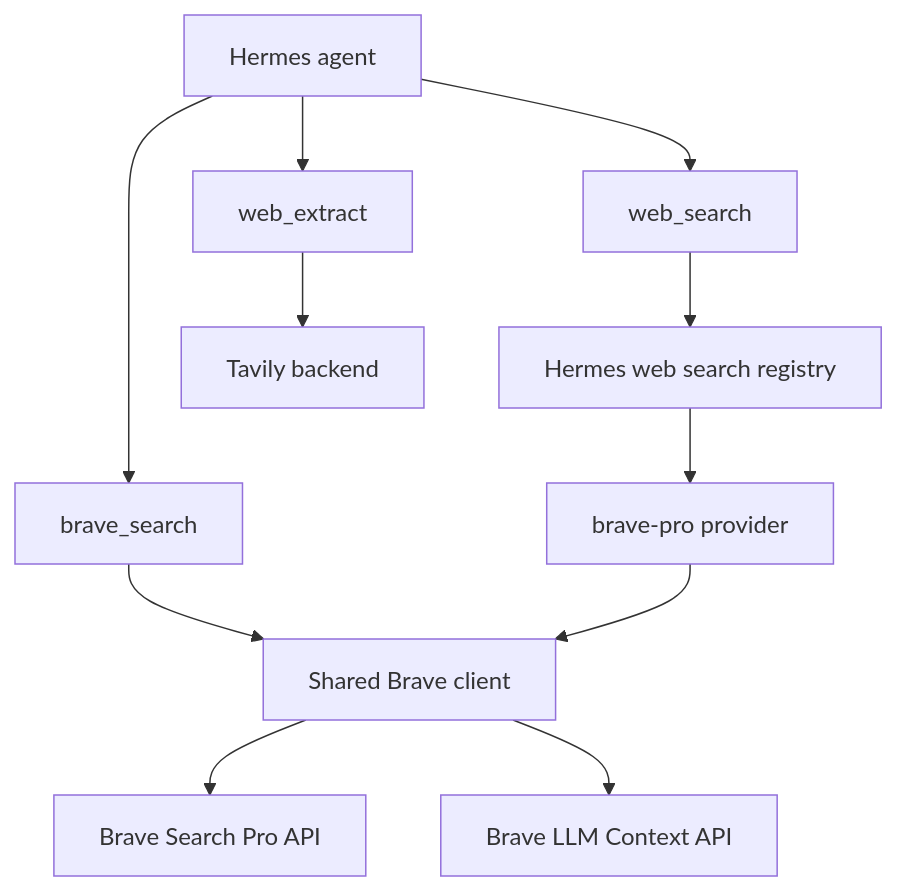
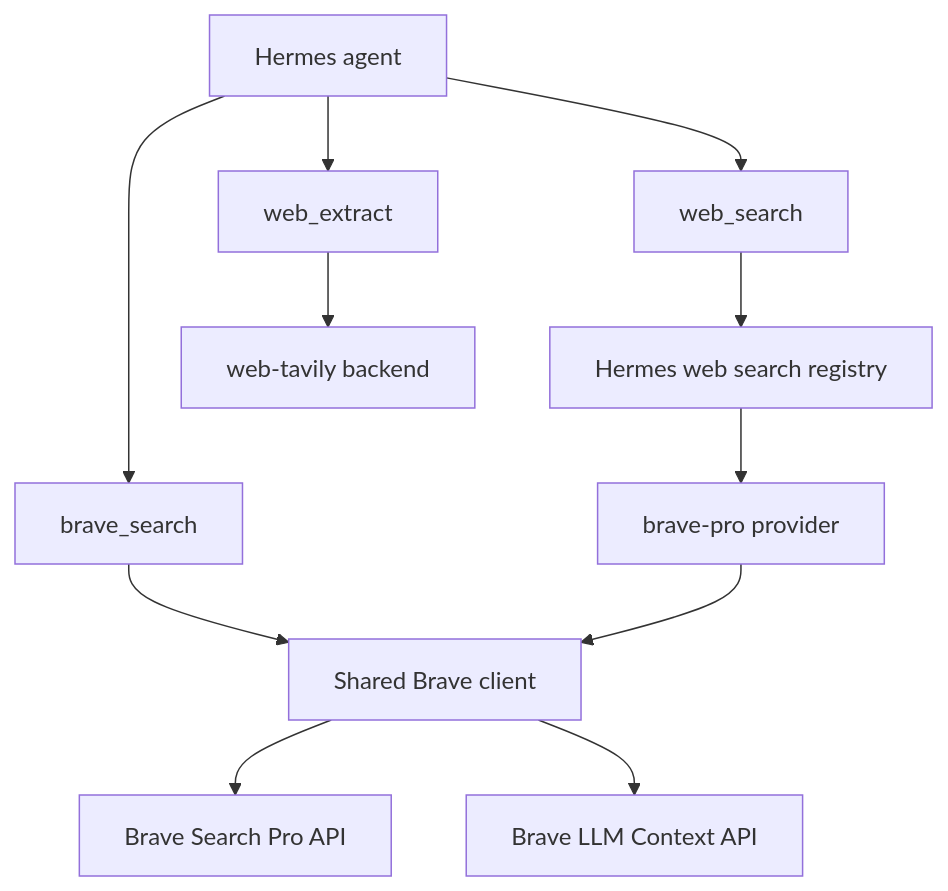
The diagram in README.md (GodsBoy/hermes-brave-search-pro), drawn with Mermaid before and after one commit. The commit also changed other lines of this file and 9 other files, not shown here.

````diff
--- a/README.md
+++ b/README.md
@@ -205,13 +212,13 @@
 ```mermaid
 flowchart TB
   Agent[Hermes agent] --> BuiltIn[web_search]
   Agent --> Advanced[brave_search]
   BuiltIn --> Registry[Hermes web search registry]
   Registry --> Brave[brave-pro provider]
   Advanced --> Client[Shared Brave client]
   Brave --> Client
   Client --> API[Brave Search Pro API]
   Client --> Context[Brave LLM Context API]
   Agent --> Extract[web_extract]
-  Extract --> Tavily[Tavily backend]
+  Extract --> Tavily[web-tavily backend]
 ```
````
